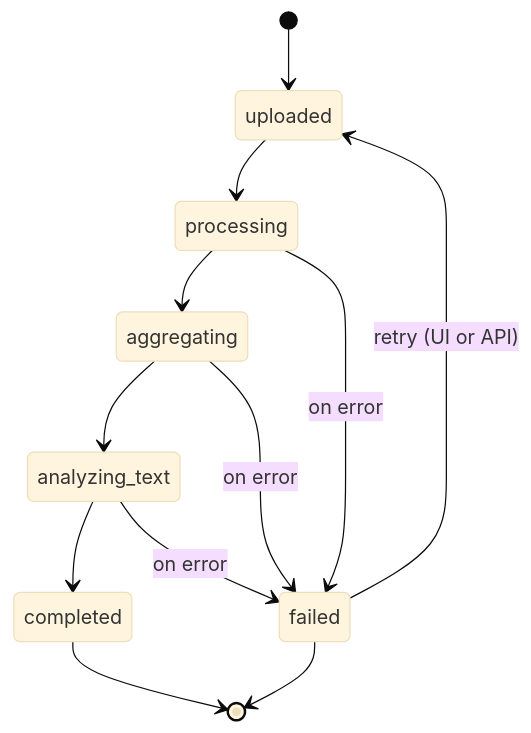
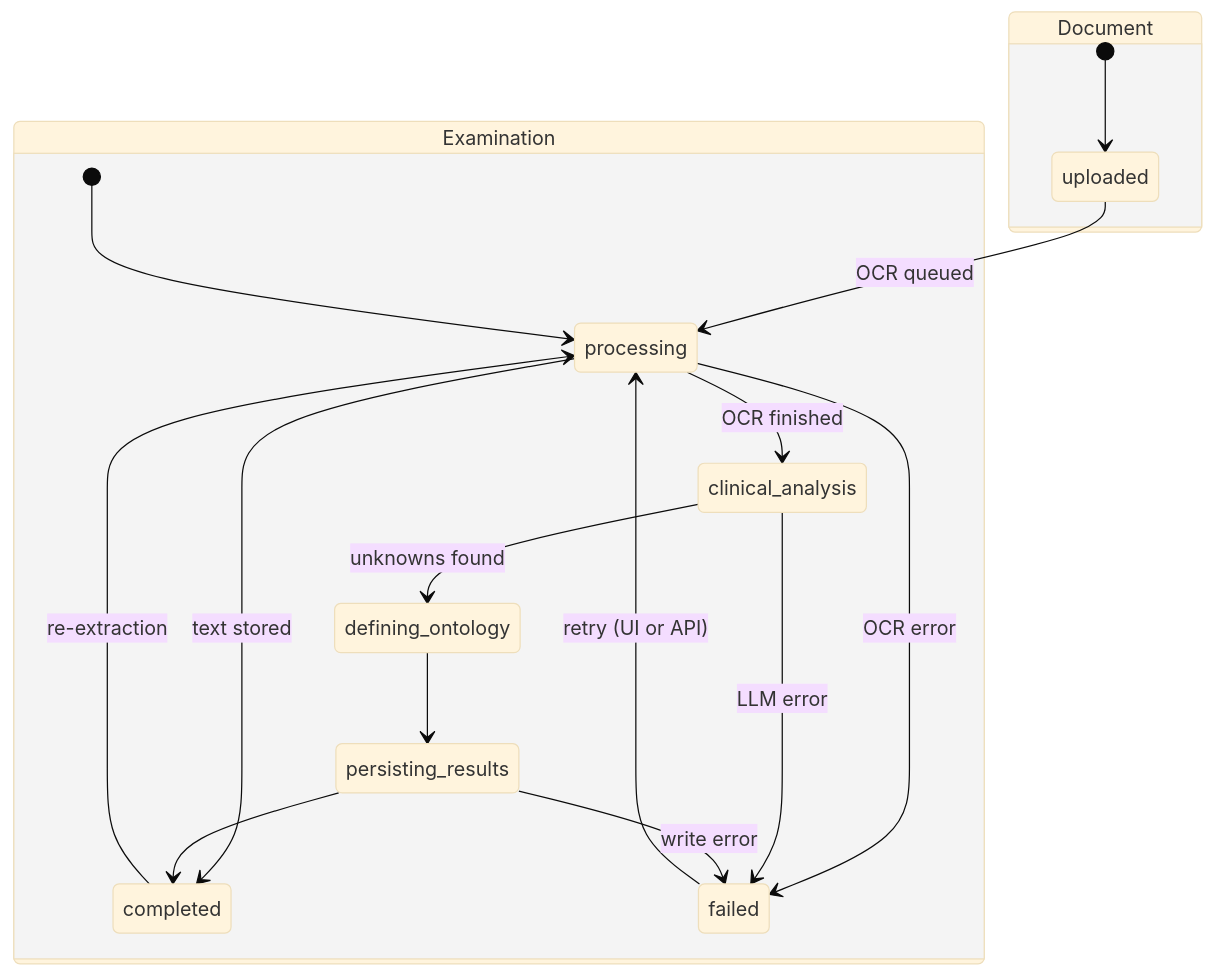
One commit to health-assistant-io/health-assistant changed the first of 2 diagrams in docs/TASK_DEBUGGING_GUIDE.md. Above: the diagram before and after it, drawn with Mermaid (base theme). The commit also changed other lines of this file and 6 other files, not shown here.

First line of the commit message:
docs: document the extraction pipeline and code anchors

````diff
--- a/docs/TASK_DEBUGGING_GUIDE.md
+++ b/docs/TASK_DEBUGGING_GUIDE.md
@@ -23,14 +27,20 @@
 ```mermaid
 stateDiagram-v2
-    [*] --> uploaded
-    uploaded --> processing
-    processing --> aggregating
-    aggregating --> analyzing_text
-    analyzing_text --> completed
-    completed --> [*]
-    processing --> failed: on error
-    aggregating --> failed: on error
-    analyzing_text --> failed: on error
-    failed --> uploaded: retry (UI or API)
-    failed --> [*]
+    state "Document" as Doc {
+        [*] --> uploaded
+        uploaded --> processing: OCR queued
+        processing --> completed: text stored
+        processing --> failed: OCR error
+        failed --> processing: retry (UI or API)
+        completed --> processing: re-extraction
+    }
+    state "Examination" as Exam {
+        [*] --> processing
+        processing --> clinical_analysis: OCR finished
+        clinical_analysis --> defining_ontology: unknowns found
+        defining_ontology --> persisting_results
+        persisting_results --> completed
+        clinical_analysis --> failed: LLM error
+        persisting_results --> failed: write error
+    }
 ```
````
